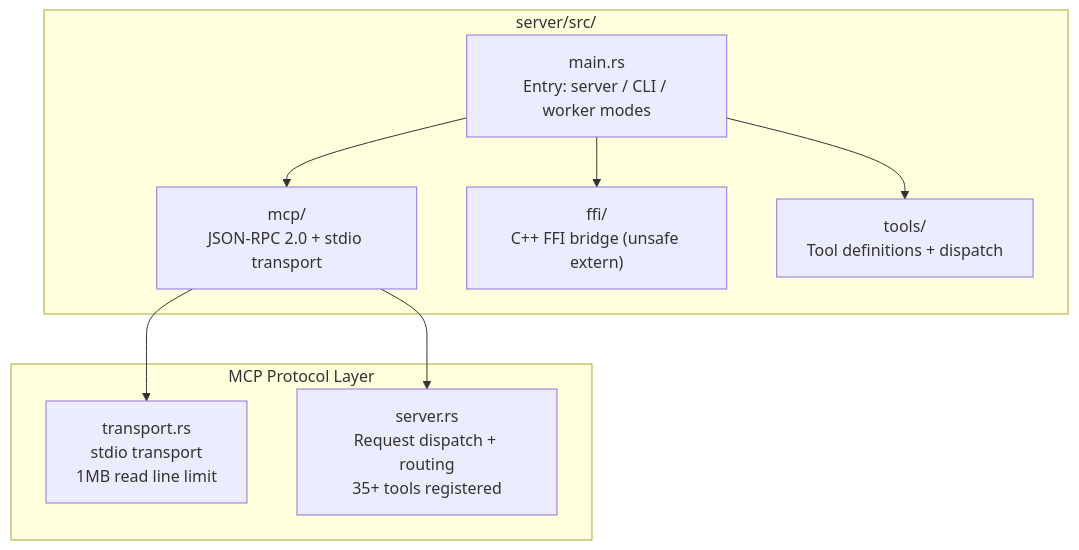
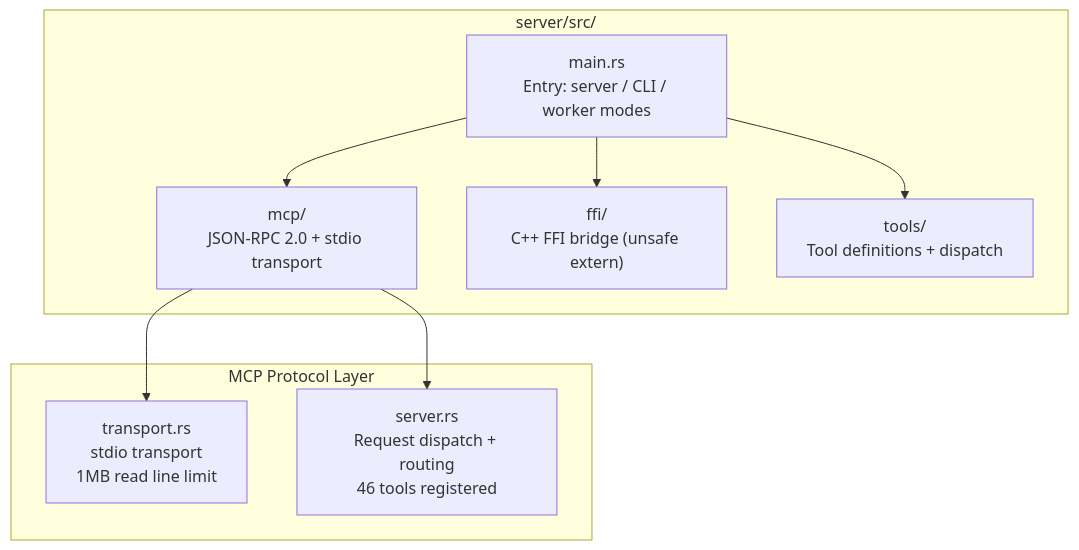
Before and after one commit to Timwood0x10/CodeScope: the fifth of 12 diagrams in docs/en/technical_breakdown.md, drawn with Mermaid. The commit also changed other lines of this file and 37 other files, not shown here.

````diff
--- a/docs/en/technical_breakdown.md
+++ b/docs/en/technical_breakdown.md
@@ -237,20 +234,20 @@
 ```mermaid
 flowchart TB
     subgraph "server/src/"
         Main["main.rs<br/>Entry: server / CLI / worker modes"]
         MCP["mcp/<br/>JSON-RPC 2.0 + stdio transport"]
         FFI["ffi/<br/>C++ FFI bridge (unsafe extern)"]
         Tools["tools/<br/>Tool definitions + dispatch"]
     end
 
     subgraph "MCP Protocol Layer"
         Transport["transport.rs<br/>stdio transport<br/>1MB read line limit"]
-        Server["server.rs<br/>Request dispatch + routing<br/>35+ tools registered"]
+        Server["server.rs<br/>Request dispatch + routing<br/>46 tools registered"]
     end
 
     Main --> MCP
     Main --> FFI
     Main --> Tools
     MCP --> Transport
     MCP --> Server
 ```
````
